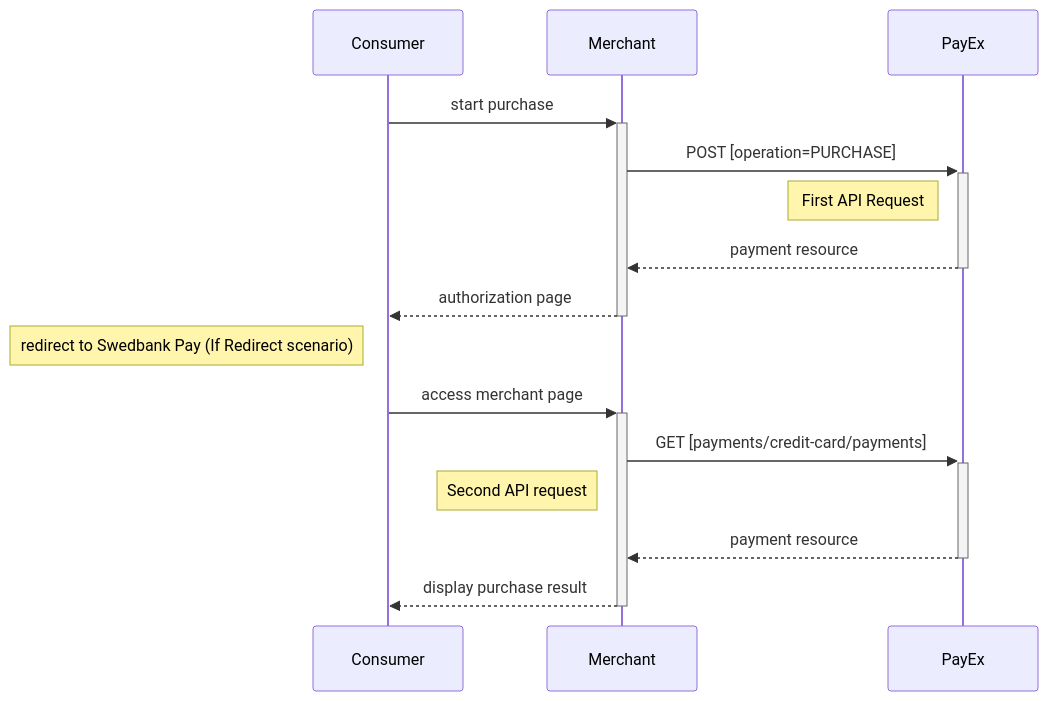
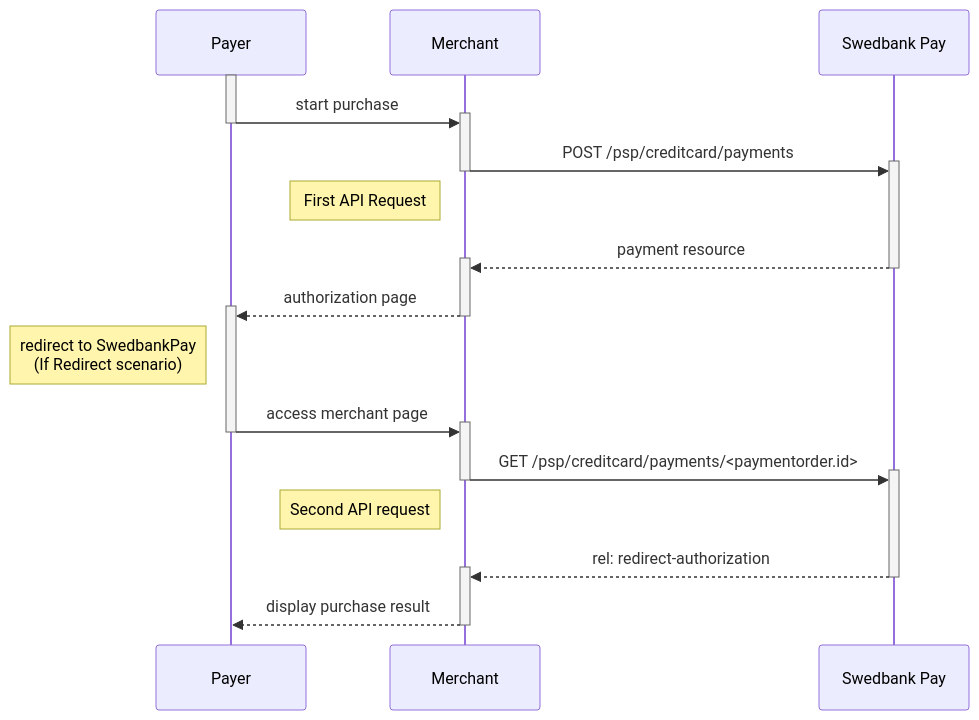
One commit to SwedbankPay/developer.swedbankpay.com changed the first of 4 diagrams in payments/credit-card/redirect.md. Above: the diagram before and after it, drawn with Mermaid. The commit also changed other lines of this file and 3 other files, not shown here.

Commit message:
DX-384 editing sequence diagram in Introduction

````diff
--- a/payments/credit-card/redirect.md
+++ b/payments/credit-card/redirect.md
@@ -117,14 +117,26 @@
 ```mermaid
 sequenceDiagram
-    Consumer->>+Merchant: start purchase
-    Merchant->>+PayEx: POST [operation=PURCHASE]
-    Note left of PayEx: First API Request
-    PayEx-->>-Merchant: payment resource
-    Merchant-->>-Consumer: authorization page
-    note left of Consumer: redirect to Swedbank Pay (If Redirect scenario)
-    Consumer->>+Merchant: access merchant page
-    Merchant->>+PayEx: GET [payments/credit-card/payments]
+    participant Payer
+    participant Merchant
+    participant SwedbankPay as Swedbank Pay
+
+    activate Payer
+    Payer->>+Merchant: start purchase
+    deactivate Payer
+    Merchant->>+SwedbankPay: POST /psp/creditcard/payments
+    deactivate Merchant
+    note left of Merchant: First API Request
+    SwedbankPay-->>+Merchant: payment resource
+    deactivate SwedbankPay
+    Merchant-->>+Payer: authorization page
+    deactivate Merchant
+    note left of Payer: redirect to SwedbankPay<br>(If Redirect scenario)
+    Payer->>+Merchant: access merchant page
+    deactivate Payer
+    Merchant->>+SwedbankPay: GET /psp/creditcard/payments/<paymentorder.id>
+    deactivate Merchant
     note left of Merchant: Second API request
-    PayEx-->>-Merchant: payment resource
-    Merchant-->>-Consumer: display purchase result
+    SwedbankPay-->>+Merchant: rel: redirect-authorization
+    deactivate SwedbankPay
+    Merchant-->>-Payer: display purchase result
 ```
````
